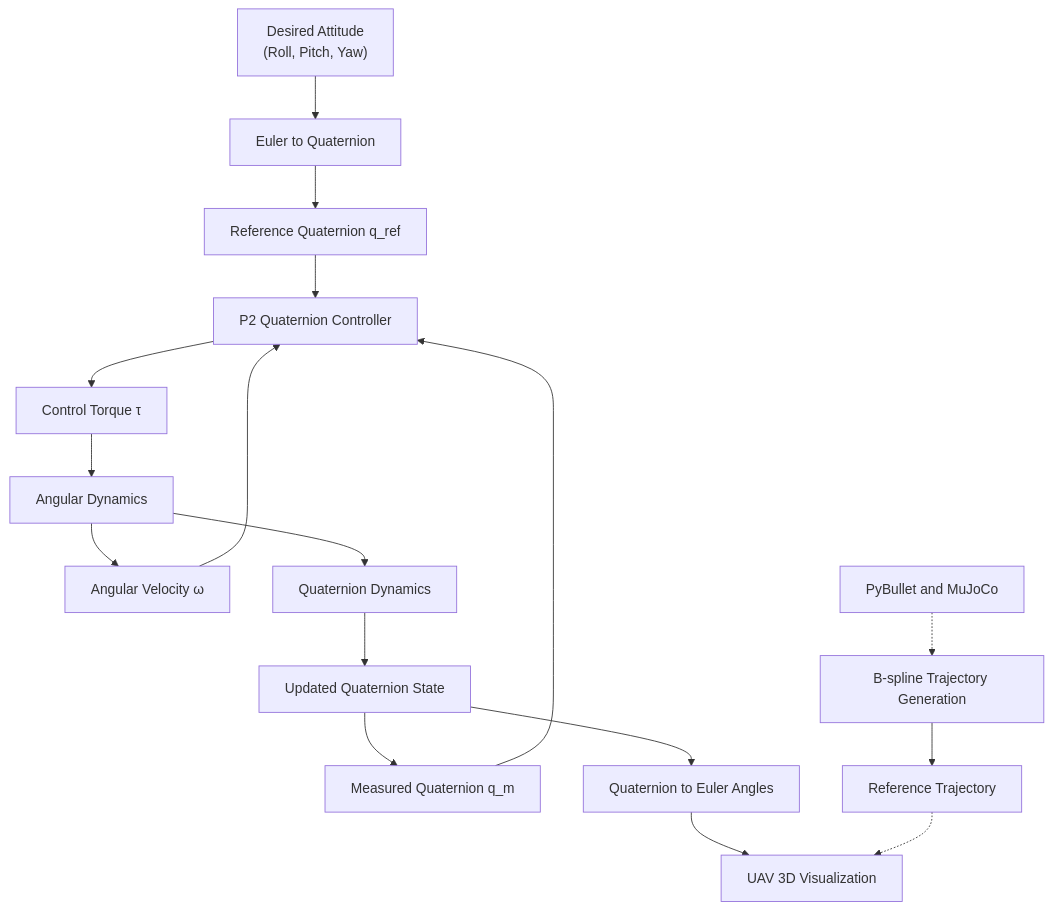
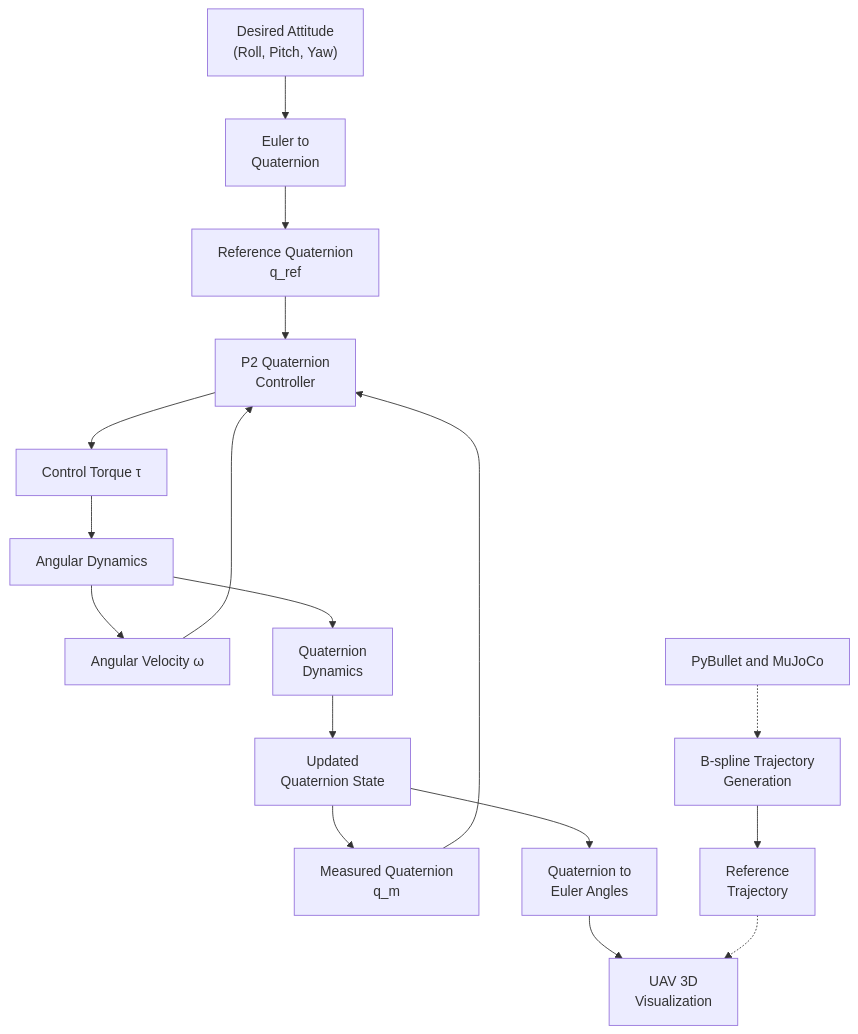
One commit to NamburiRupesh/Drones_S5_CD5_UAV_Attitude_Control_Quaternion changed the diagram in README.md. Above: the diagram before and after it, drawn with Mermaid.

Commit message:
Revised the Mermaid flow diagram again to avoid clipping

````diff
--- a/README.md
+++ b/README.md
@@ -353,24 +353,23 @@
 ```mermaid
+%%{init: {"flowchart": {"htmlLabels": false, "nodeSpacing": 50, "rankSpacing": 50, "padding": 15}, "themeVariables": {"fontFamily": "Arial, sans-serif"}}}%%
+flowchart TD
+    A["Desired Attitude<br/>(Roll, Pitch, Yaw)"] --> B["Euler to<br/>Quaternion"]
+    B --> C["Reference Quaternion<br/>q_ref"]
 
-flowchart TD
-    A["Desired Attitude<br/>(Roll, Pitch, Yaw)"] --> B["Euler to Quaternion"]
-    B --> C["Reference Quaternion q_ref"]
-
-    C --> E["P2 Quaternion Controller"]
-    D["Measured Quaternion q_m"] --> E
+    C --> E["P2 Quaternion<br/>Controller"]
+    D["Measured Quaternion<br/>q_m"] --> E
     F["Angular Velocity ω"] --> E
 
     E --> G["Control Torque τ"]
     G --> H["Angular Dynamics"]
     H --> F
-    H --> I["Quaternion Dynamics"]
-    I --> J["Updated Quaternion State"]
+    H --> I["Quaternion<br/>Dynamics"]
+    I --> J["Updated<br/>Quaternion State"]
     J --> D
-    J --> K["Quaternion to Euler Angles"]
-    K --> L["UAV 3D Visualization"]
+    J --> K["Quaternion to<br/>Euler Angles"]
+    K --> L["UAV 3D<br/>Visualization"]
 
-    M["B-spline Trajectory Generation"] --> N["Reference Trajectory"]
+    M["B-spline Trajectory<br/>Generation"] --> N["Reference<br/>Trajectory"]
     N -.-> L
     O["PyBullet and MuJoCo"] -.-> M
-
 ```
````
